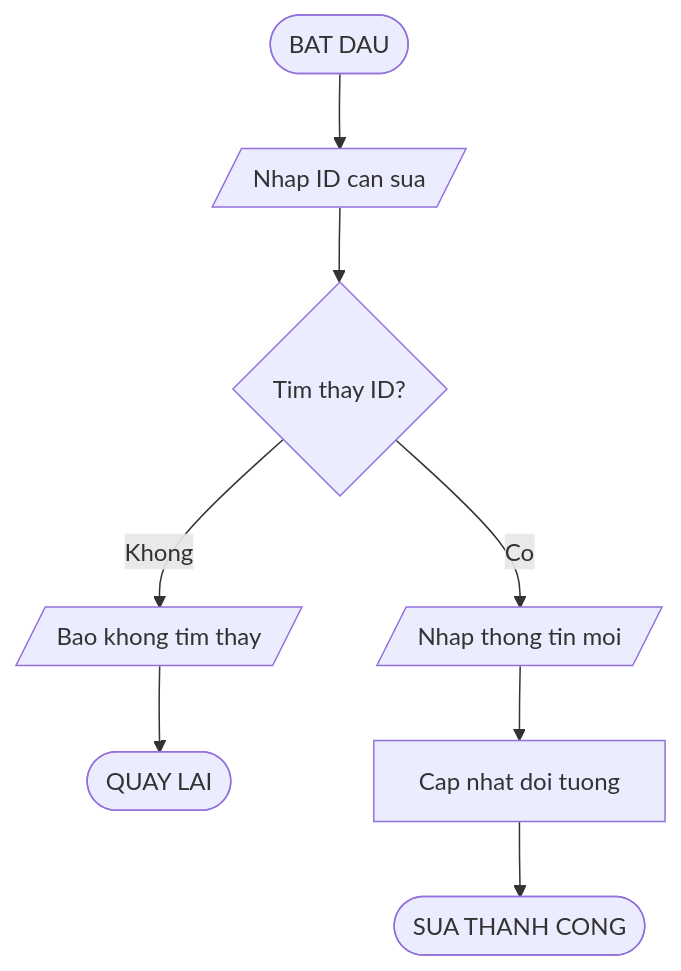
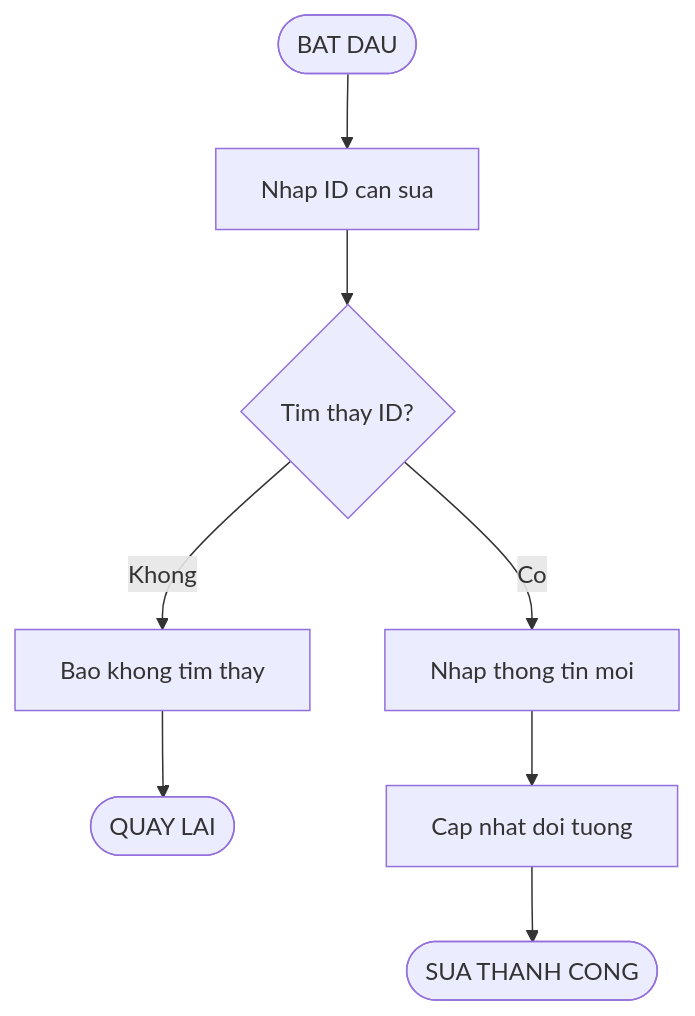
One commit to phucphuc2006/pro-192 changed the fifth of 20 diagrams in docs/Flowcharts/Flowcharts.md. Above: the diagram before and after it, drawn with Mermaid. The commit also changed other lines of this file, not shown here.

Commit message:
Fix Mermaid: remove parallelogram syntax for GitHub

````diff
--- a/docs/Flowcharts/Flowcharts.md
+++ b/docs/Flowcharts/Flowcharts.md
@@ -97,10 +96,10 @@
 ```mermaid
 flowchart TD
-    A([BAT DAU]) --> B[/Nhap ID can sua/]
+    A([BAT DAU]) --> B[Nhap ID can sua]
     B --> C{Tim thay ID?}
-    C -->|Khong| D[/Bao khong tim thay/]
+    C -->|Khong| D[Bao khong tim thay]
     D --> E([QUAY LAI])
-    C -->|Co| F[/Nhap thong tin moi/]
+    C -->|Co| F[Nhap thong tin moi]
     F --> G[Cap nhat doi tuong]
     G --> H([SUA THANH CONG])
 ```
````
